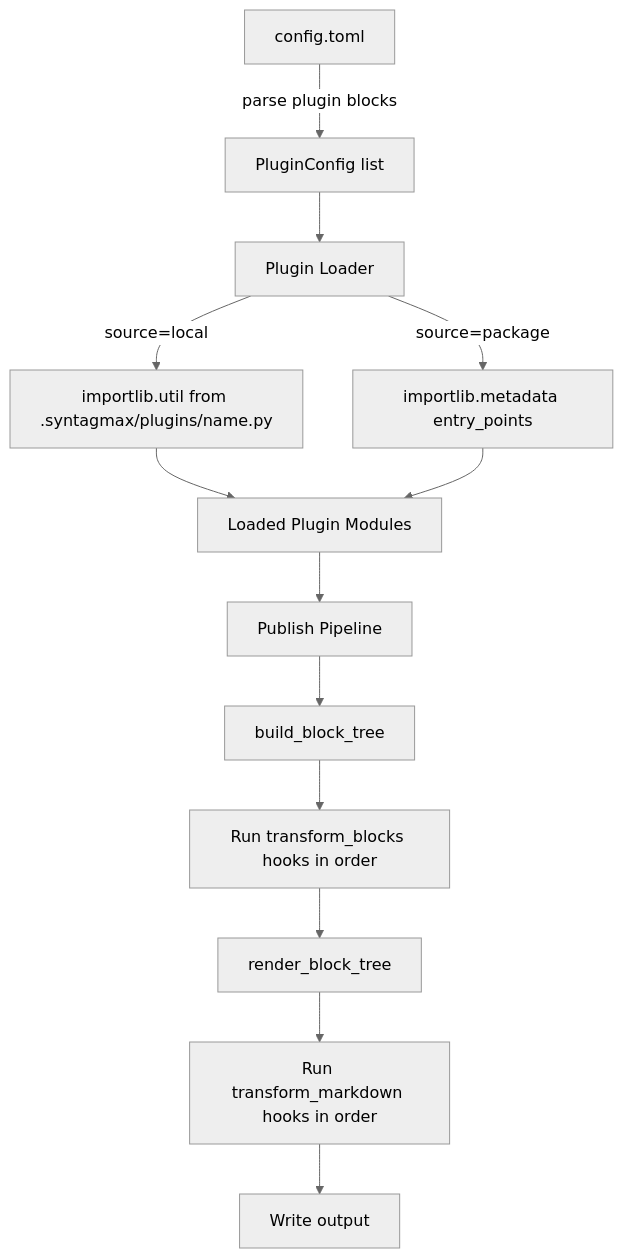
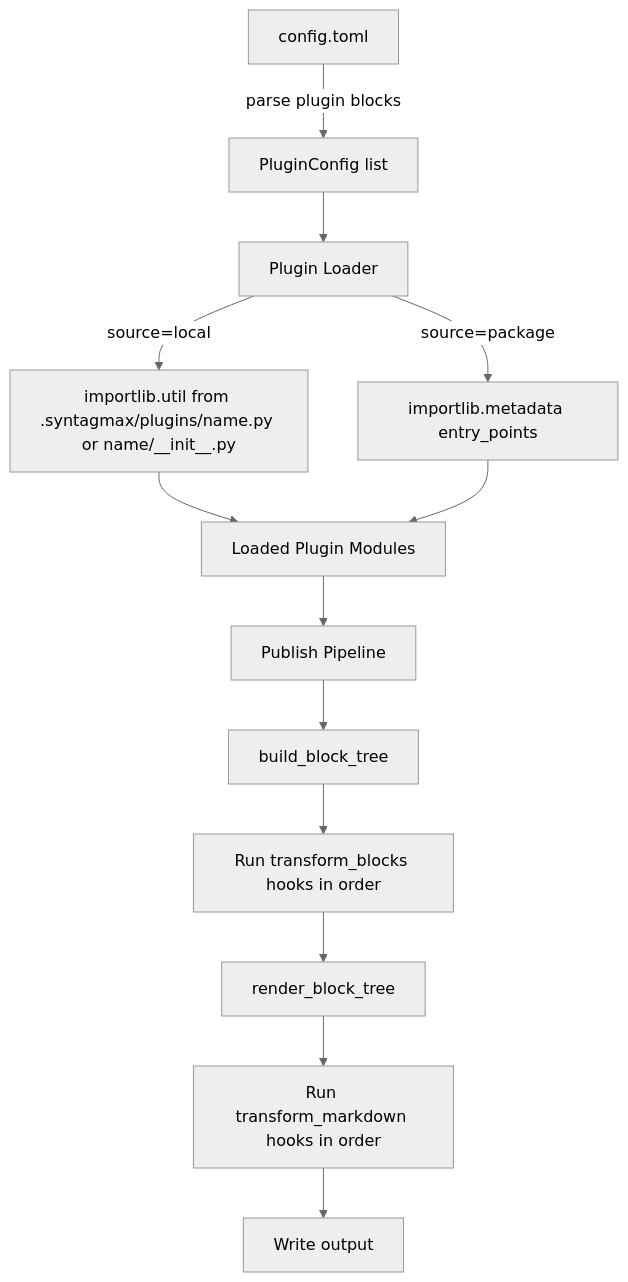
The diagram in docs/specs/plugin-system.md (flyvercity/syntagmax), drawn with Mermaid (neutral theme) before and after one commit. The commit also changed other lines of this file, not shown here.

````diff
--- a/docs/specs/plugin-system.md
+++ b/docs/specs/plugin-system.md
@@ -30,15 +31,15 @@
 ```mermaid
 flowchart TD
     A[config.toml] -->|parse plugin blocks| B[PluginConfig list]
     B --> C[Plugin Loader]
-    C -->|source=local| D[importlib.util from .syntagmax/plugins/name.py]
+    C -->|source=local| D[importlib.util from .syntagmax/plugins/name.py or name/__init__.py]
     C -->|source=package| E[importlib.metadata entry_points]
     D --> F[Loaded Plugin Modules]
     E --> F
     F --> G[Publish Pipeline]
     G --> G1[build_block_tree]
     G1 --> G2[Run transform_blocks hooks in order]
     G2 --> G3[render_block_tree]
     G3 --> G4[Run transform_markdown hooks in order]
     G4 --> G5[Write output]
 ```
````
